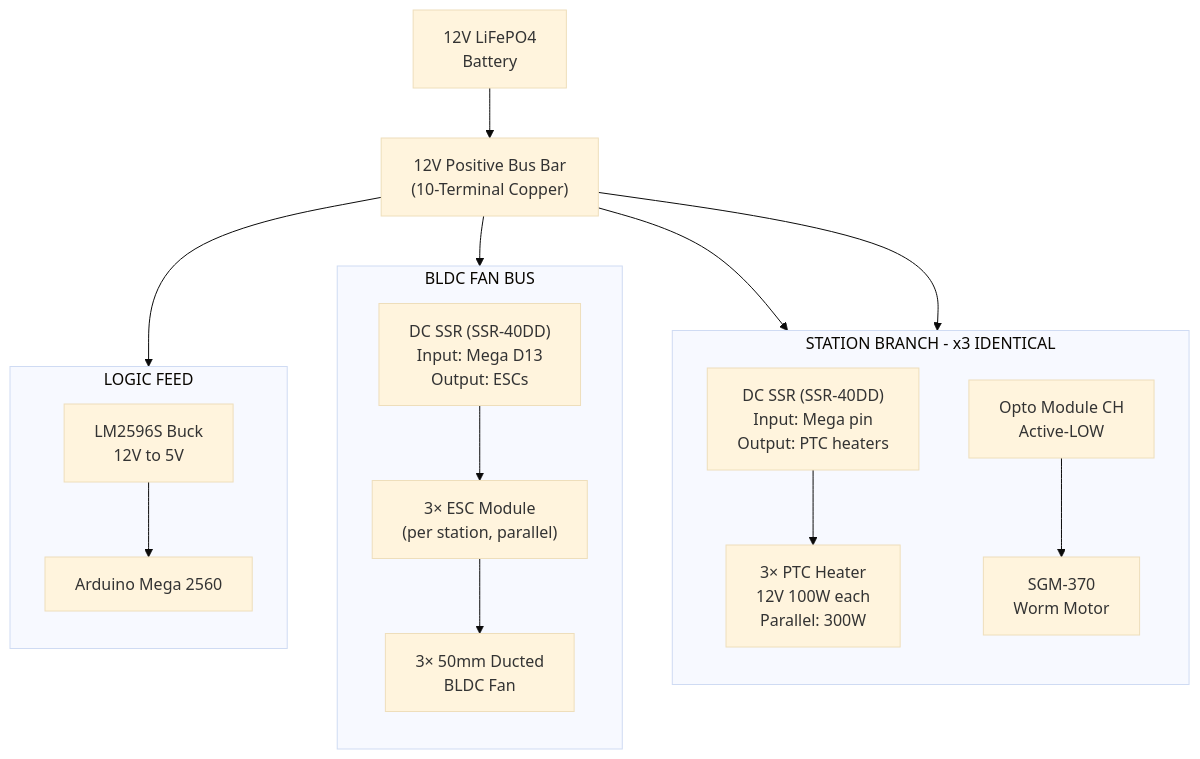
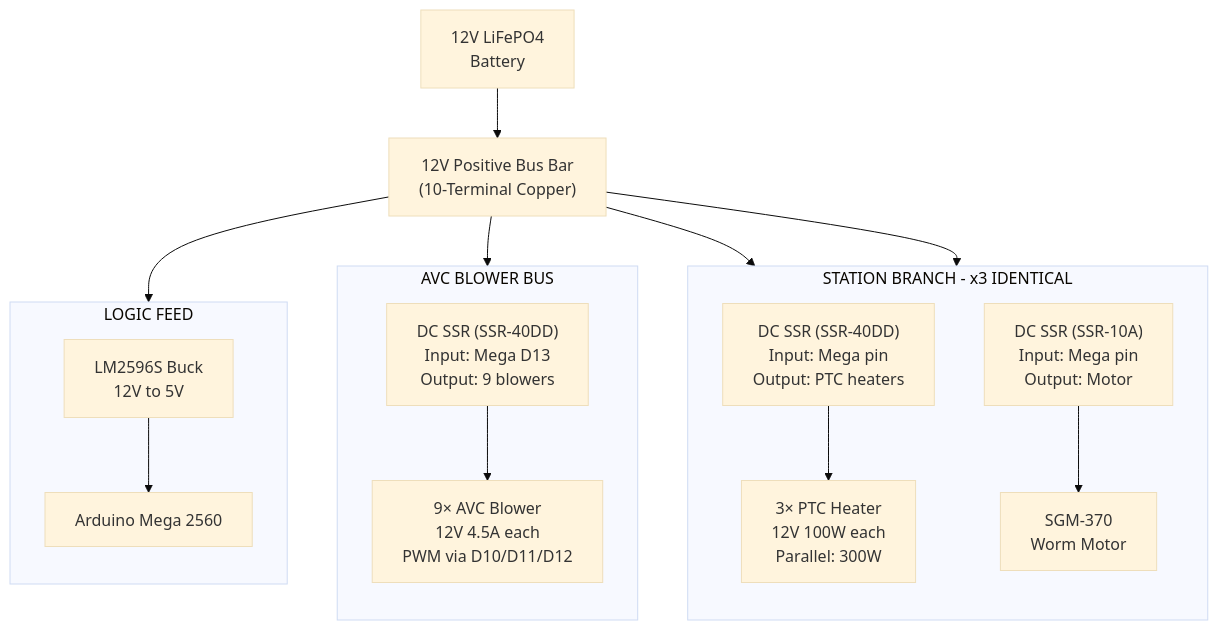
The second of 4 diagrams in docs/BLOCK-DIAGRAM.md (qppd/umbrella-dryer-v2), drawn with Mermaid (base theme) before and after one commit. The commit also changed other lines of this file and 7 other files, not shown here.

First line of the commit message:
Switch to AVC 12V 4.5A blowers (no ESCs), update BOM with new Lazada links/prices

````diff
--- a/docs/BLOCK-DIAGRAM.md
+++ b/docs/BLOCK-DIAGRAM.md
@@ -62,32 +62,31 @@
 ```mermaid
 flowchart TB
     BAT["12V LiFePO4<br/>Battery"]
     BUS["12V Positive Bus Bar<br/>(10-Terminal Copper)"]
 
     subgraph STA["STATION BRANCH - x3 IDENTICAL"]
         direction TB
         SSR_H["DC SSR (SSR-40DD)<br/>Input: Mega pin<br/>Output: PTC heaters"]
         PTC["3× PTC Heater<br/>12V 100W each<br/>Parallel: 300W"]
-        RELAY_M["Opto Module CH<br/>Active-LOW"]
+        SSR_M["DC SSR (SSR-10A)<br/>Input: Mega pin<br/>Output: Motor"]
         MOT["SGM-370<br/>Worm Motor"]
     end
 
-    subgraph FANBUS["BLDC FAN BUS"]
+    subgraph FANBUS["AVC BLOWER BUS"]
         direction TB
-        SSR_F["DC SSR (SSR-40DD)<br/>Input: Mega D13<br/>Output: ESCs"]
-        ESC["3× ESC Module<br/>(per station, parallel)"]
-        BLDC["3× 50mm Ducted<br/>BLDC Fan"]
+        SSR_F["DC SSR (SSR-40DD)<br/>Input: Mega D13<br/>Output: 9 blowers"]
+        BLOW["9× AVC Blower<br/>12V 4.5A each<br/>PWM via D10/D11/D12"]
     end
 
     subgraph LOGIC["LOGIC FEED"]
         direction TB
         BUCK["LM2596S Buck<br/>12V to 5V"]
         MEGA["Arduino Mega 2560"]
     end
 
     BAT --> BUS
     BUS --> SSR_H --> PTC
-    BUS --> RELAY_M --> MOT
-    BUS --> SSR_F --> ESC --> BLDC
+    BUS --> SSR_M --> MOT
+    BUS --> SSR_F --> BLOW
     BUS --> BUCK --> MEGA
 ```
````
